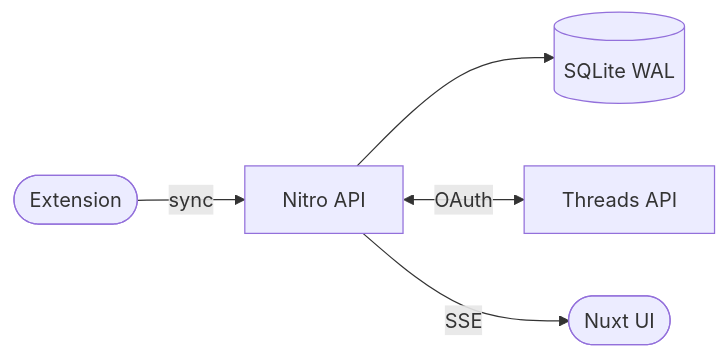
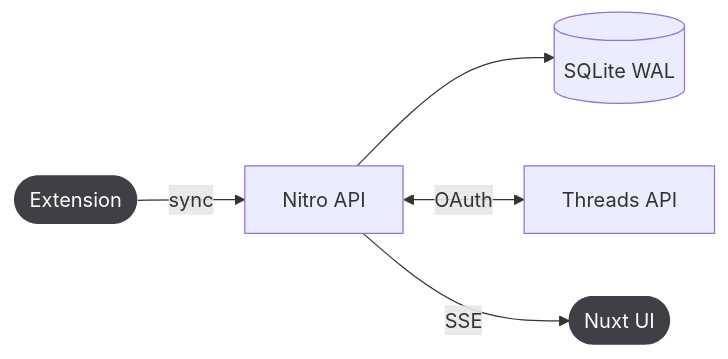
Before and after one commit to yesterdaygrace/yesterdaygrace: the first of 5 diagrams in README.md, drawn with Mermaid. The commit also changed other lines of this file, not shown here.

````diff
--- a/README.md
+++ b/README.md
@@ -81,6 +87,8 @@
 ```mermaid
 flowchart LR
     X([Extension]) -->|sync| N[Nitro API] --> S[(SQLite WAL)]
     N <-->|OAuth| M[Threads API]
     N -- SSE --> U([Nuxt UI])
+    style X fill:#3f3f46,color:#fff,stroke:none
+    style U fill:#3f3f46,color:#fff,stroke:none
 ```
````
